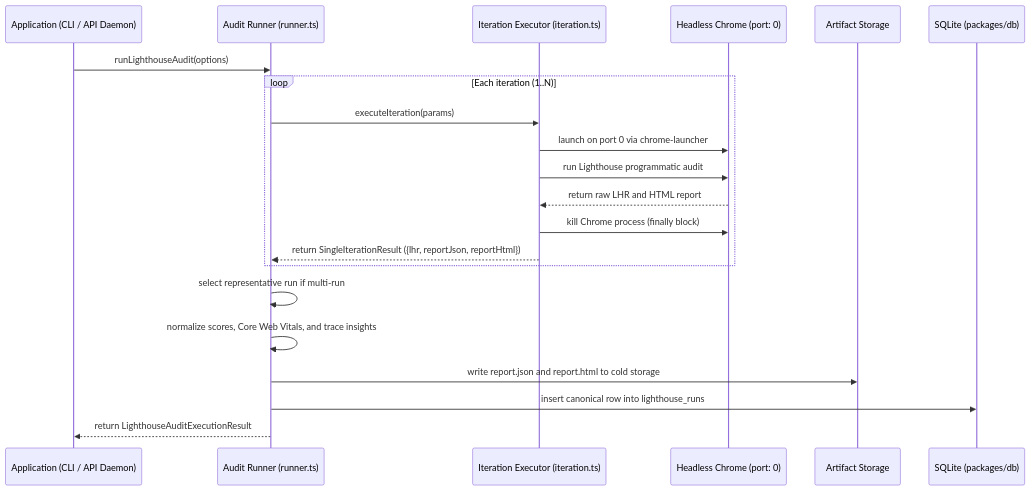
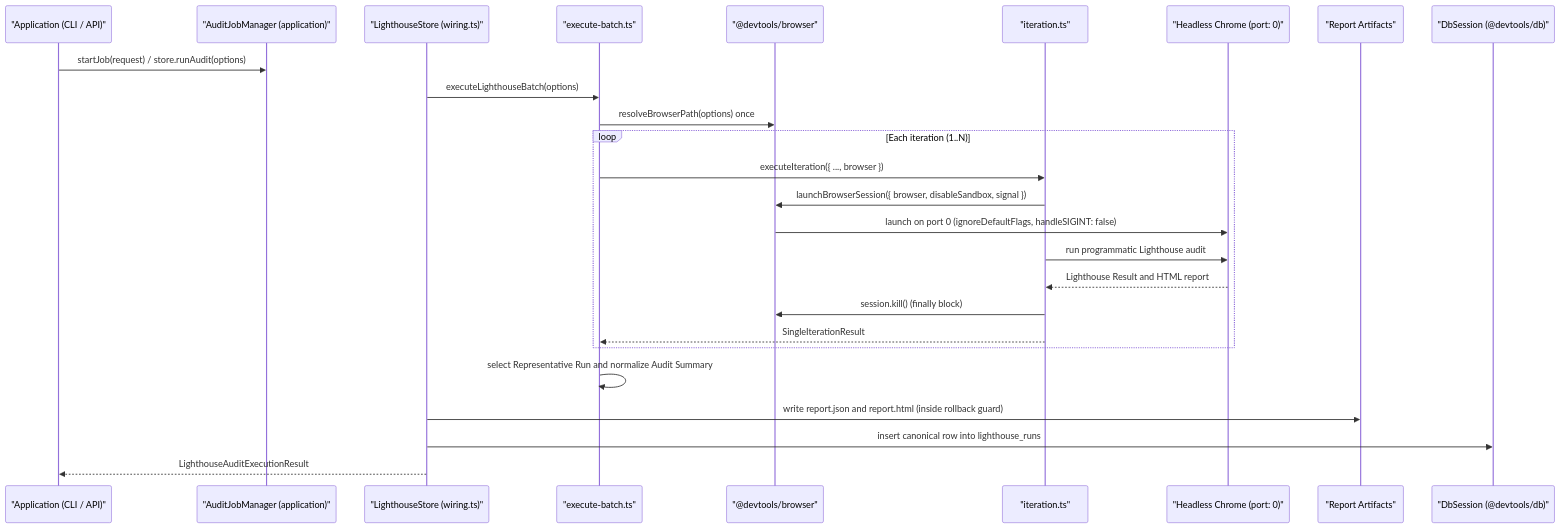
One commit to ahmedhanye/devtools changed the diagram in docs/architecture/lighthouse.md. Above: the diagram before and after it, drawn with Mermaid. The commit also changed other lines of this file and 61 other files, not shown here.

Commit message:
docs: reorganize architecture, standards, and PR guides (#141)

````diff
--- a/docs/architecture/lighthouse.md
+++ b/docs/architecture/lighthouse.md
@@ -35,24 +18,29 @@
 ```mermaid
 sequenceDiagram
-    participant App as Application (CLI / API Daemon)
-    participant Runner as Audit Runner (runner.ts)
-    participant Iter as Iteration Executor (iteration.ts)
-    participant Chrome as Headless Chrome (port: 0)
-    participant Disk as Artifact Storage
-    participant DB as SQLite (packages/db)
+    participant App as "Application (CLI / API)"
+    participant JobMgr as "AuditJobManager (application)"
+    participant Store as "LighthouseStore (wiring.ts)"
+    participant Batch as "execute-batch.ts"
+    participant Browser as "@devtools/browser"
+    participant Iter as "iteration.ts"
+    participant Chrome as "Headless Chrome (port: 0)"
+    participant Disk as "Report Artifacts"
+    participant DB as "DbSession (@devtools/db)"
 
-    App->>Runner: runLighthouseAudit(options)
+    App->>JobMgr: startJob(request) / store.runAudit(options)
+    Store->>Batch: executeLighthouseBatch(options)
+    Batch->>Browser: resolveBrowserPath(options) once
     loop Each iteration (1..N)
-        Runner->>Iter: executeIteration(params)
-        Iter->>Chrome: launch on port 0 via chrome-launcher
-        Iter->>Chrome: run Lighthouse programmatic audit
-        Chrome-->>Iter: return raw LHR and HTML report
-        Iter->>Chrome: kill Chrome process (finally block)
-        Iter-->>Runner: return SingleIterationResult ({lhr, reportJson, reportHtml})
+        Batch->>Iter: executeIteration({ ..., browser })
+        Iter->>Browser: launchBrowserSession({ browser, disableSandbox, signal })
+        Browser->>Chrome: launch on port 0 (ignoreDefaultFlags, handleSIGINT: false)
+        Iter->>Chrome: run programmatic Lighthouse audit
+        Chrome-->>Iter: Lighthouse Result and HTML report
+        Iter->>Browser: session.kill() (finally block)
+        Iter-->>Batch: SingleIterationResult
     end
-    Runner->>Runner: select representative run if multi-run
-    Runner->>Runner: normalize scores, Core Web Vitals, and trace insights
-    Runner->>Disk: write report.json and report.html to cold storage
-    Runner->>DB: insert canonical row into lighthouse_runs
-    Runner-->>App: return LighthouseAuditExecutionResult
+    Batch->>Batch: select Representative Run and normalize Audit Summary
+    Store->>Disk: write report.json and report.html (inside rollback guard)
+    Store->>DB: insert canonical row into lighthouse_runs
+    Store-->>App: LighthouseAuditExecutionResult
 ```
````
